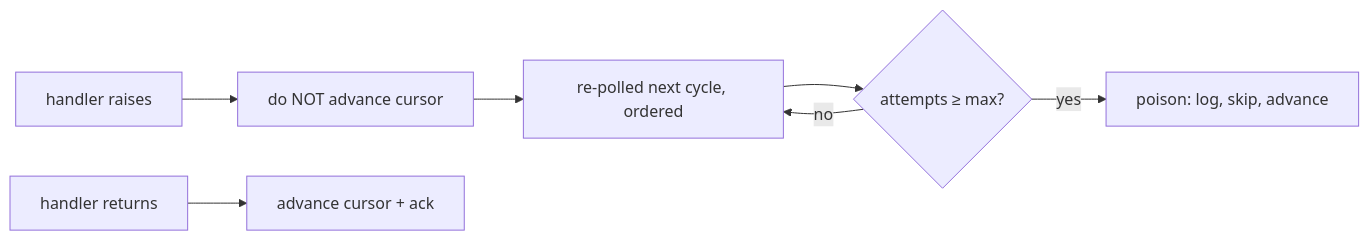
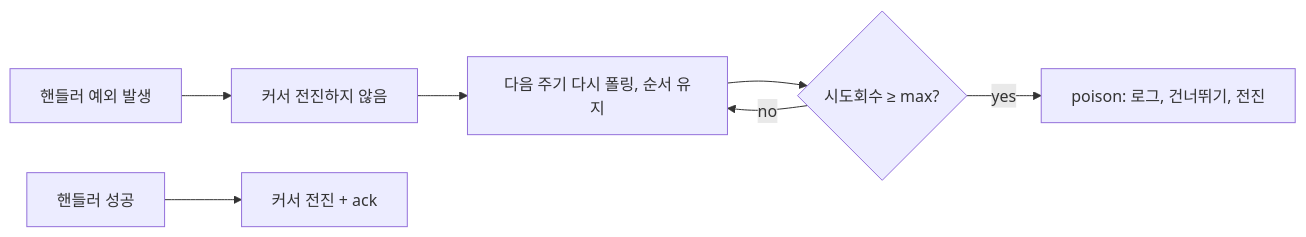
Before and after one commit to junsik/python-daouoffice-bot: the fifth of 5 diagrams in docs/ARCHITECTURE.md, drawn with Mermaid. The commit also changed other lines of this file and 5 other files, not shown here.

````diff
--- a/docs/ARCHITECTURE.md
+++ b/docs/ARCHITECTURE.md
@@ -138,8 +129,8 @@
 ```mermaid
 flowchart LR
-    h[handler raises] --> a[do NOT advance cursor]
-    a --> r[re-polled next cycle, ordered] --> q{attempts &ge; max?}
+    h[핸들러 예외 발생] --> a[커서 전진하지 않음]
+    a --> r[다음 주기 다시 폴링, 순서 유지] --> q{시도회수 &ge; max?}
     q -- no --> r
-    q -- yes --> p[poison: log, skip, advance]
-    ok[handler returns] --> adv[advance cursor + ack]
+    q -- yes --> p[poison: 로그, 건너뛰기, 전진]
+    ok[핸들러 성공] --> adv[커서 전진 + ack]
 ```
````
